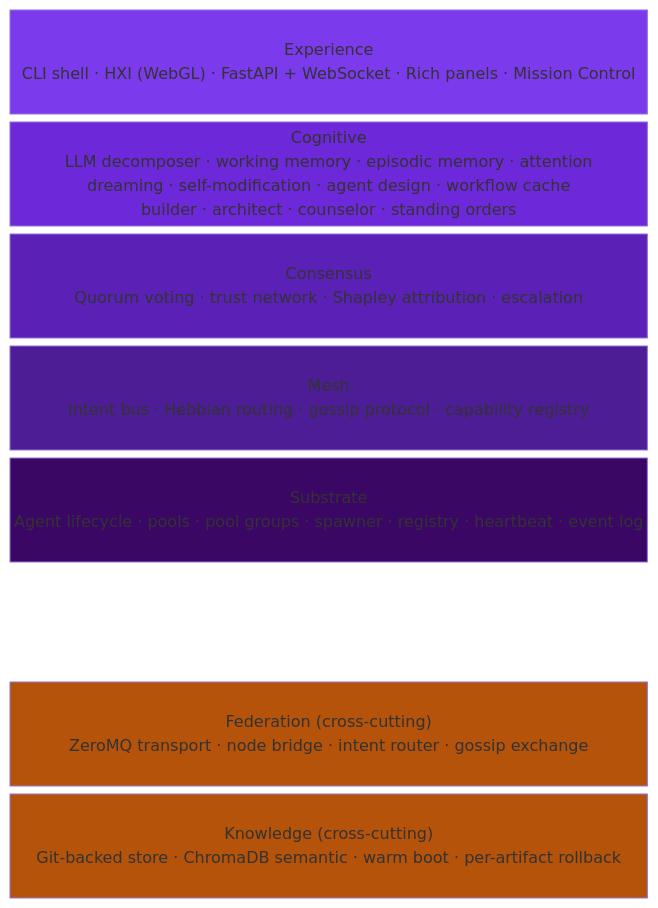
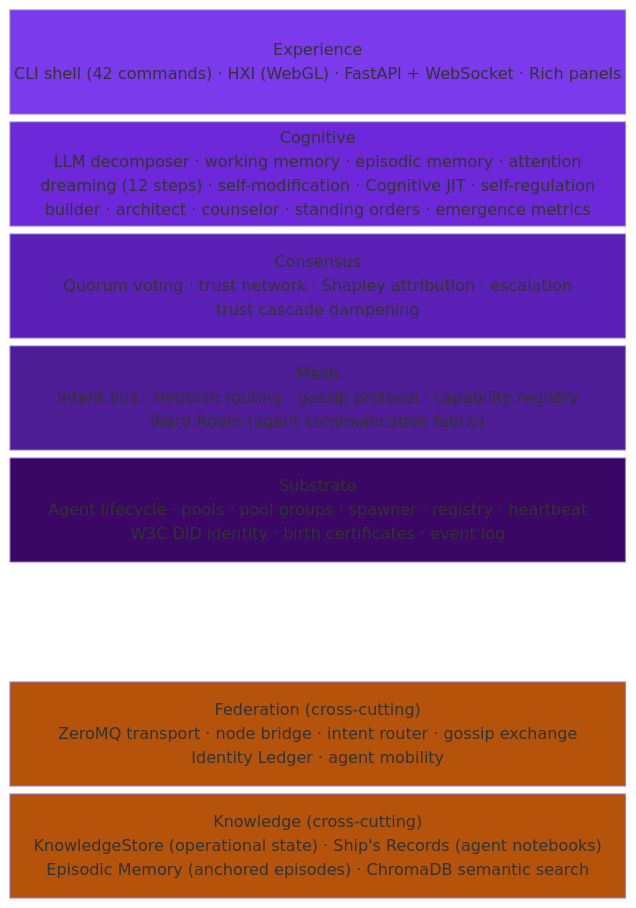
One commit to seangalliher/ProbOS changed the first of 3 diagrams in docs/architecture/overview.md. Above: the diagram before and after it, drawn with Mermaid. The commit also changed other lines of this file and 11 other files, not shown here.

````diff
--- a/docs/architecture/overview.md
+++ b/docs/architecture/overview.md
@@ -5,20 +5,20 @@
 ```mermaid
 block-beta
     columns 1
-    Experience["Experience\nCLI shell · HXI (WebGL) · FastAPI + WebSocket · Rich panels · Mission Control"]
-    Cognitive["Cognitive\nLLM decomposer · working memory · episodic memory · attention\ndreaming · self-modification · agent design · workflow cache\nbuilder · architect · counselor · standing orders"]
-    Consensus["Consensus\nQuorum voting · trust network · Shapley attribution · escalation"]
-    Mesh["Mesh\nIntent bus · Hebbian routing · gossip protocol · capability registry"]
-    Substrate["Substrate\nAgent lifecycle · pools · pool groups · spawner · registry · heartbeat · event log"]
+    Experience["Experience\nCLI shell (42 commands) · HXI (WebGL) · FastAPI + WebSocket · Rich panels"]
+    Cognitive["Cognitive\nLLM decomposer · working memory · episodic memory · attention\ndreaming (12 steps) · self-modification · Cognitive JIT · self-regulation\nbuilder · architect · counselor · standing orders · emergence metrics"]
+    Consensus["Consensus\nQuorum voting · trust network · Shapley attribution · escalation\ntrust cascade dampening"]
+    Mesh["Mesh\nIntent bus · Hebbian routing · gossip protocol · capability registry\nWard Room (agent communication fabric)"]
+    Substrate["Substrate\nAgent lifecycle · pools · pool groups · spawner · registry · heartbeat\nW3C DID identity · birth certificates · event log"]
     space
-    Federation["Federation (cross-cutting)\nZeroMQ transport · node bridge · intent router · gossip exchange"]
-    Knowledge["Knowledge (cross-cutting)\nGit-backed store · ChromaDB semantic · warm boot · per-artifact rollback"]
+    Federation["Federation (cross-cutting)\nZeroMQ transport · node bridge · intent router · gossip exchange\nIdentity Ledger · agent mobility"]
+    Knowledge["Knowledge (cross-cutting)\nKnowledgeStore (operational state) · Ship's Records (agent notebooks)\nEpisodic Memory (anchored episodes) · ChromaDB semantic search"]
 
     style Experience fill:#7c3aed,color:#fff
     style Cognitive fill:#6d28d9,color:#fff
     style Consensus fill:#5b21b6,color:#fff
     style Mesh fill:#4c1d95,color:#fff
     style Substrate fill:#3b0764,color:#fff
     style Federation fill:#b45309,color:#fff
     style Knowledge fill:#b45309,color:#fff
 ```
````
